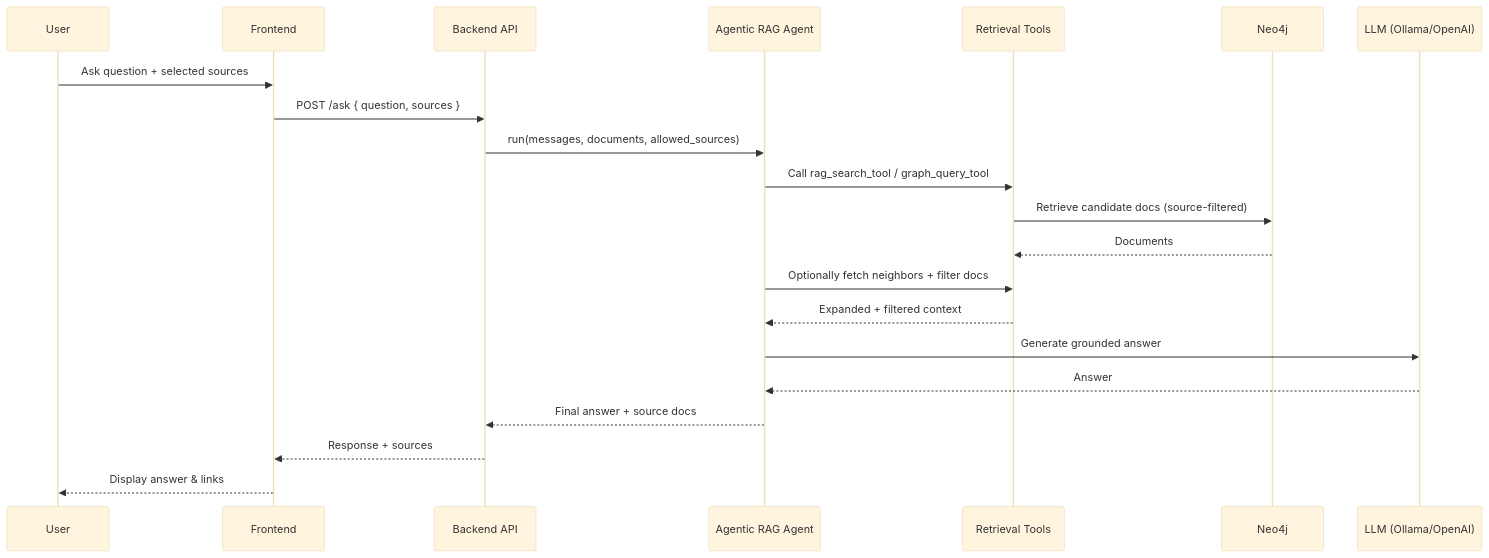
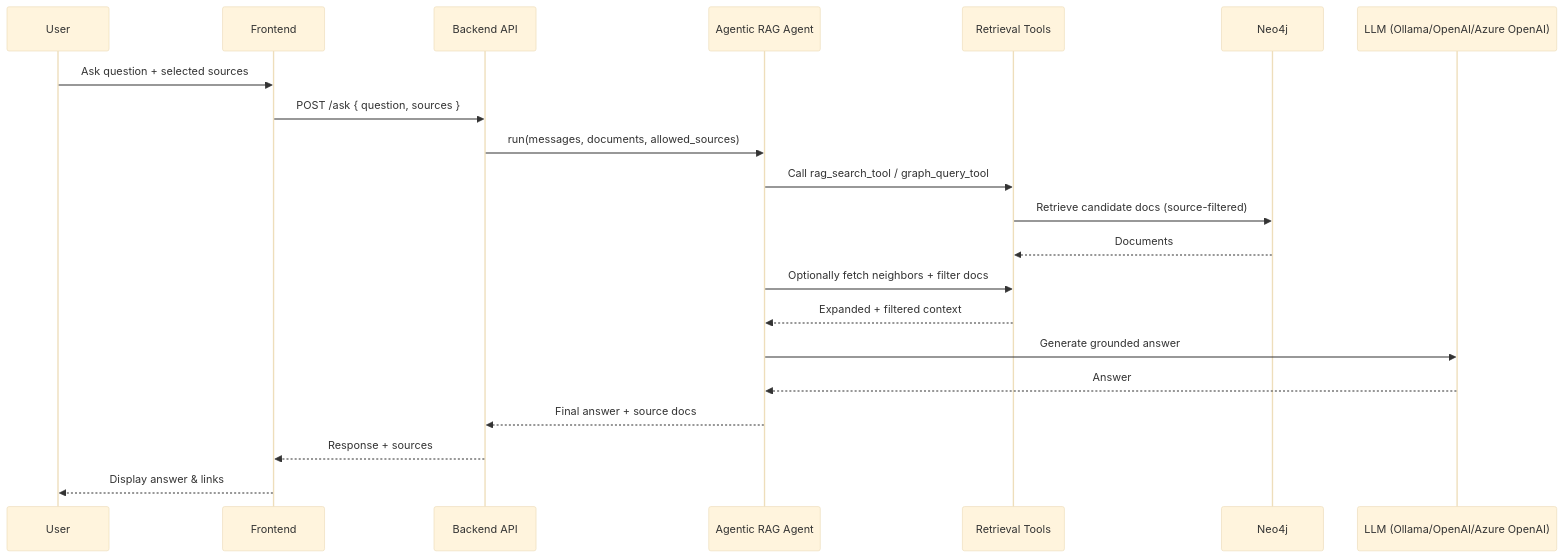
The second of 2 diagrams in docs/README.md (TrisNol/project-kraken), drawn with Mermaid (base theme) before and after one commit.

Commit message:
docs: update arch drawing to include AzureOpenAI API provider

````diff
--- a/docs/README.md
+++ b/docs/README.md
@@ -80,24 +80,24 @@
 ```mermaid
 sequenceDiagram
     participant User
     participant UI as Frontend
     participant API as Backend API
     participant Agent as Agentic RAG Agent
     participant Tools as Retrieval Tools
     participant Neo4j as Neo4j
-    participant LLM as LLM (Ollama/OpenAI)
+    participant LLM as LLM (Ollama/OpenAI/Azure OpenAI)
     
     User->>UI: Ask question + selected sources
     UI->>API: POST /ask { question, sources }
     API->>Agent: run(messages, documents, allowed_sources)
     Agent->>Tools: Call rag_search_tool / graph_query_tool
     Tools->>Neo4j: Retrieve candidate docs (source-filtered)
     Neo4j-->>Tools: Documents
     Agent->>Tools: Optionally fetch neighbors + filter docs
     Tools-->>Agent: Expanded + filtered context
     Agent->>LLM: Generate grounded answer
     LLM-->>Agent: Answer
     Agent-->>API: Final answer + source docs
     API-->>UI: Response + sources
     UI-->>User: Display answer & links
 ```
````
